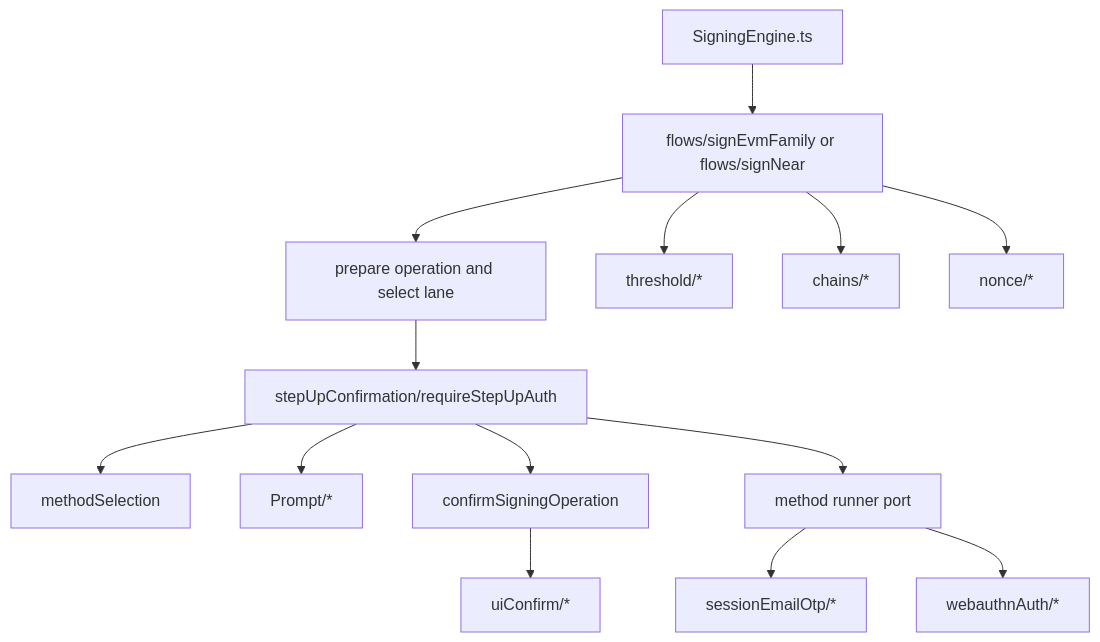
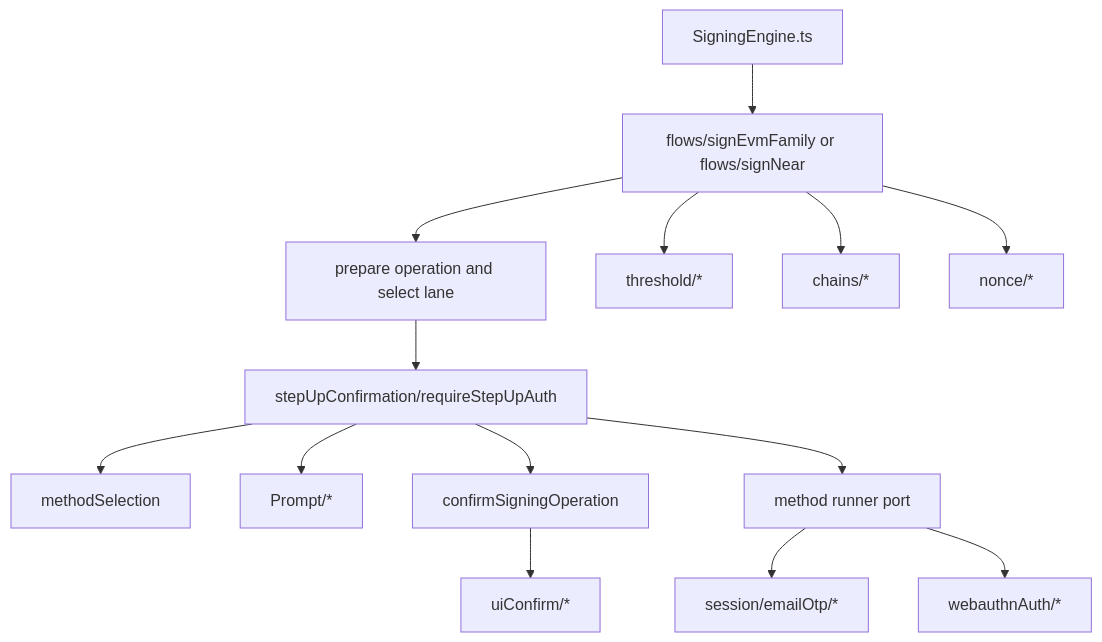
Before and after one commit to seams-tech/seams-sdk: the first of 2 diagrams in docs/stepup-adaptor.md, drawn with Mermaid. The commit also changed other lines of this file and 198 other files, not shown here.

Commit message:
Refactor signing session recovery and step-up flows

````diff
--- a/docs/stepup-adaptor.md
+++ b/docs/stepup-adaptor.md
@@ -111,16 +115,16 @@
 ```mermaid
 flowchart TD
   SE["SigningEngine.ts"] --> FLOW["flows/signEvmFamily or flows/signNear"]
   FLOW --> PREPARE["prepare operation and select lane"]
   PREPARE --> STEPUP["stepUpConfirmation/requireStepUpAuth"]
   STEPUP --> SELECT["methodSelection"]
   STEPUP --> PROMPT["<method>Prompt/*"]
   STEPUP --> CONFIRM["confirmSigningOperation"]
   CONFIRM --> UI["uiConfirm/*"]
   STEPUP --> RUNNER["method runner port"]
-  RUNNER --> EMAILSESSION["sessionEmailOtp/*"]
+  RUNNER --> EMAILSESSION["session/emailOtp/*"]
   RUNNER --> WEBAUTHN["webauthnAuth/*"]
   FLOW --> THRESHOLD["threshold/*"]
   FLOW --> CHAINS["chains/*"]
   FLOW --> NONCE["nonce/*"]
 ```
````
